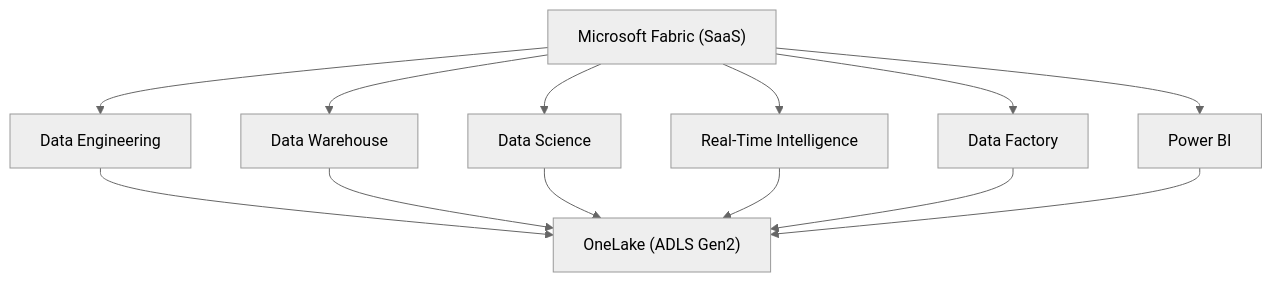
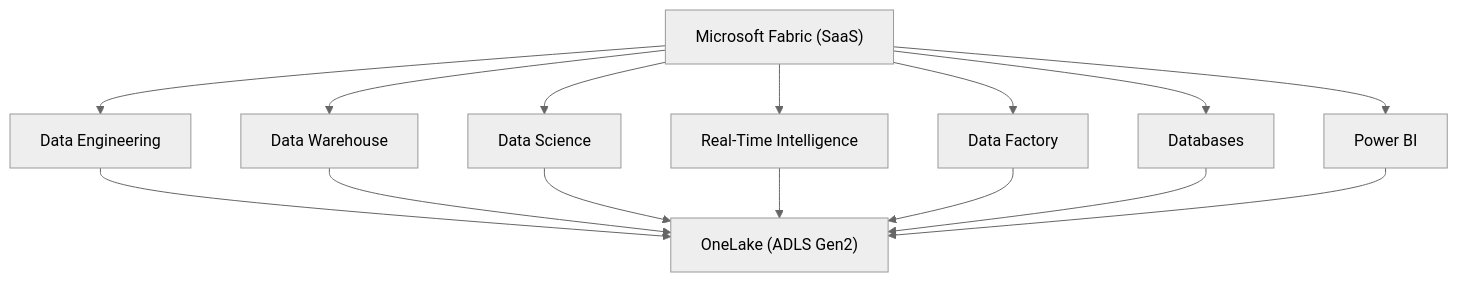
The first of 2 diagrams in 00-fabric-prerequisites.md (marcogrimaldi29/dp-600-study-notes), drawn with Mermaid (neutral theme) before and after one commit. The commit also changed other lines of this file and 12 other files, not shown here.

````diff
--- a/00-fabric-prerequisites.md
+++ b/00-fabric-prerequisites.md
@@ -42,16 +43,18 @@
 ```mermaid
 graph TD
     Fabric["Microsoft Fabric (SaaS)"]
     Fabric --> DE["Data Engineering"]
     Fabric --> DW["Data Warehouse"]
     Fabric --> DS["Data Science"]
     Fabric --> RTI["Real-Time Intelligence"]
     Fabric --> DF["Data Factory"]
+    Fabric --> DB["Databases"]
     Fabric --> PBI["Power BI"]
     DE --> OL["OneLake (ADLS Gen2)"]
     DW --> OL
     DS --> OL
     RTI --> OL
     DF --> OL
+    DB --> OL
     PBI --> OL
 ```
````
